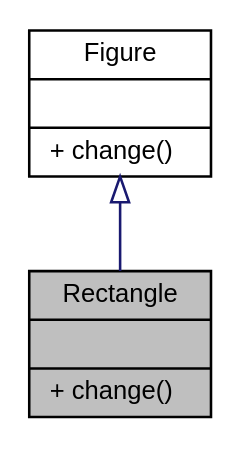
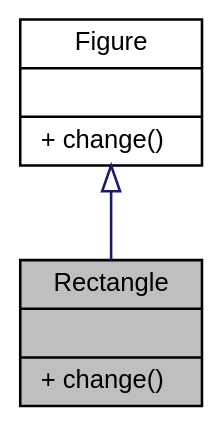
Before and after one commit to marisarze/otus_cpp_development_principles: the diagram in d2/ddd/class_rectangle__inherit__graph.dot, drawn with Graphviz. The commit also changed 82 other files, not shown here.

```diff
--- a/d2/ddd/class_rectangle__inherit__graph.dot
+++ b/d2/ddd/class_rectangle__inherit__graph.dot
@@ -1,10 +1,11 @@
 digraph "Rectangle"
 {
  // INTERACTIVE_SVG=YES
  // LATEX_PDF_SIZE
+  bgcolor="transparent";
   edge [fontname="Helvetica",fontsize="10",labelfontname="Helvetica",labelfontsize="10"];
   node [fontname="Helvetica",fontsize="10",shape=record];
   Node1 [label="{Rectangle\n||+ change()\l}",height=0.2,width=0.4,color="black", fillcolor="grey75", style="filled", fontcolor="black",tooltip=" "];
   Node2 -> Node1 [dir="back",color="midnightblue",fontsize="10",style="solid",arrowtail="onormal",fontname="Helvetica"];
-  Node2 [label="{Figure\n||+ change()\l}",height=0.2,width=0.4,color="black", fillcolor="white", style="filled",URL="$db/db9/class_figure.html",tooltip=" "];
+  Node2 [label="{Figure\n||+ change()\l}",height=0.2,width=0.4,color="black",URL="$db/db9/class_figure.html",tooltip=" "];
 }
```
